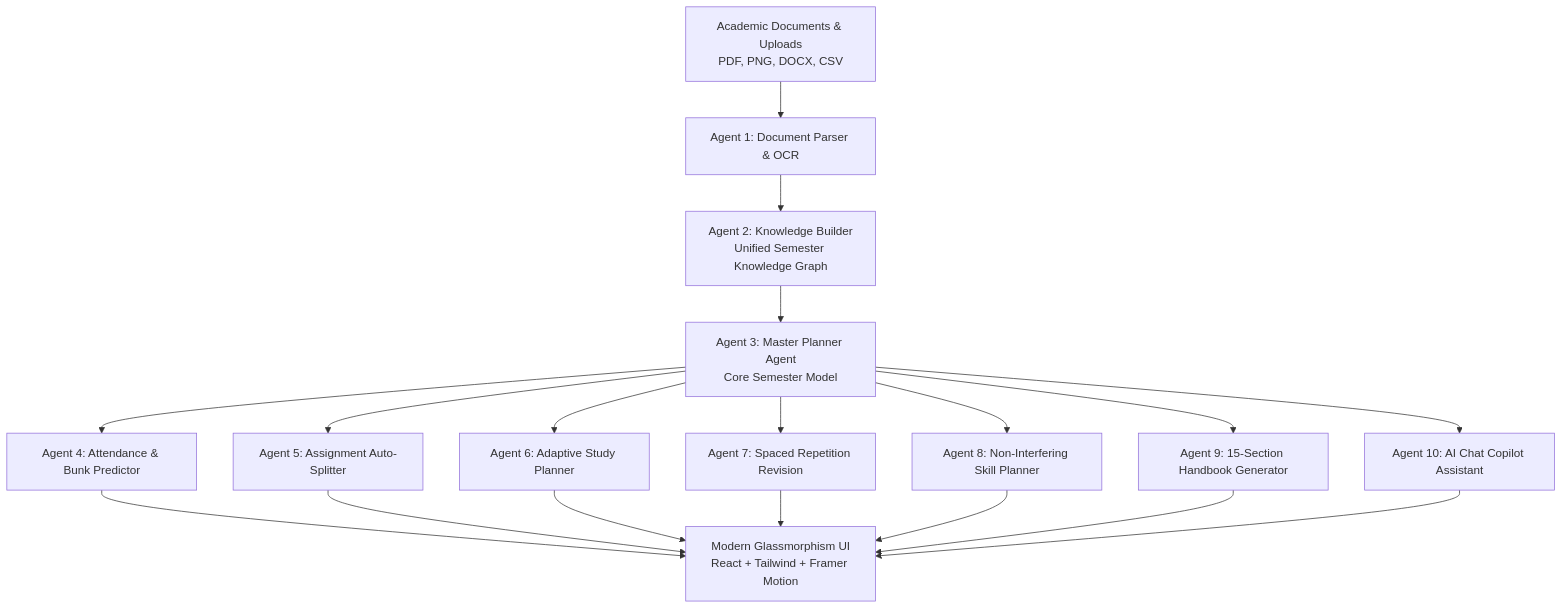
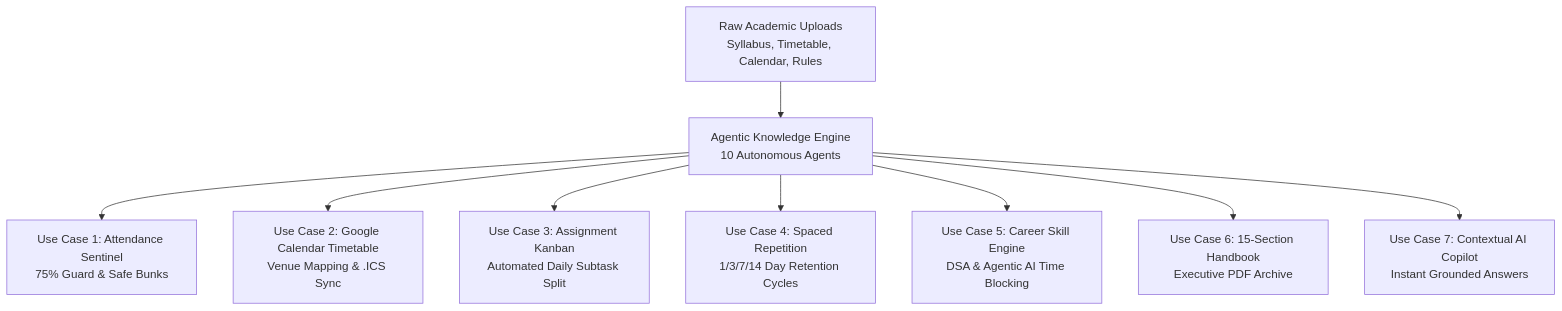
The diagram in README.md (anweshsinghal99-maker/PromptWars), drawn with Mermaid before and after one commit. The commit also changed other lines of this file, not shown here.

````diff
--- a/README.md
+++ b/README.md
@@ -32,16 +53,12 @@
 ```mermaid
 graph TD
-    A[Academic Documents & Uploads\nPDF, PNG, DOCX, CSV] --> B[Agent 1: Document Parser & OCR]
-    B --> C[Agent 2: Knowledge Builder\nUnified Semester Knowledge Graph]
-    C --> D[Agent 3: Master Planner Agent\nCore Semester Model]
+    A[Raw Academic Uploads\nSyllabus, Timetable, Calendar, Rules] --> B[Agentic Knowledge Engine\n10 Autonomous Agents]
     
-    D --> E[Agent 4: Attendance & Bunk Predictor]
-    D --> F[Agent 5: Assignment Auto-Splitter]
-    D --> G[Agent 6: Adaptive Study Planner]
-    D --> H[Agent 7: Spaced Repetition Revision]
-    D --> I[Agent 8: Non-Interfering Skill Planner]
-    D --> J[Agent 9: 15-Section Handbook Generator]
-    D --> K[Agent 10: AI Chat Copilot Assistant]
-    
-    E & F & G & H & I & J & K --> L[Modern Glassmorphism UI\nReact + Tailwind + Framer Motion]
+    B --> C[Use Case 1: Attendance Sentinel\n75% Guard & Safe Bunks]
+    B --> D[Use Case 2: Google Calendar Timetable\nVenue Mapping & .ICS Sync]
+    B --> E[Use Case 3: Assignment Kanban\nAutomated Daily Subtask Split]
+    B --> F[Use Case 4: Spaced Repetition\n1/3/7/14 Day Retention Cycles]
+    B --> G[Use Case 5: Career Skill Engine\nDSA & Agentic AI Time Blocking]
+    B --> H[Use Case 6: 15-Section Handbook\nExecutive PDF Archive]
+    B --> I[Use Case 7: Contextual AI Copilot\nInstant Grounded Answers]
 ```
````
